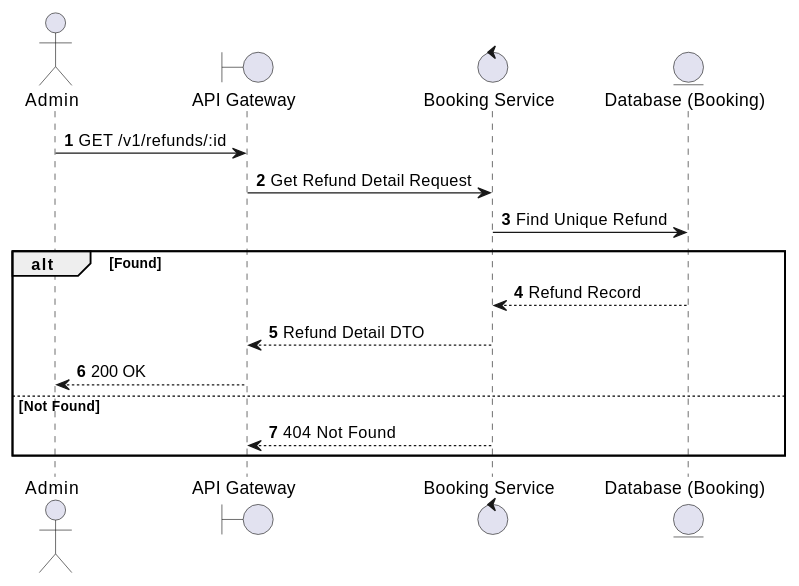
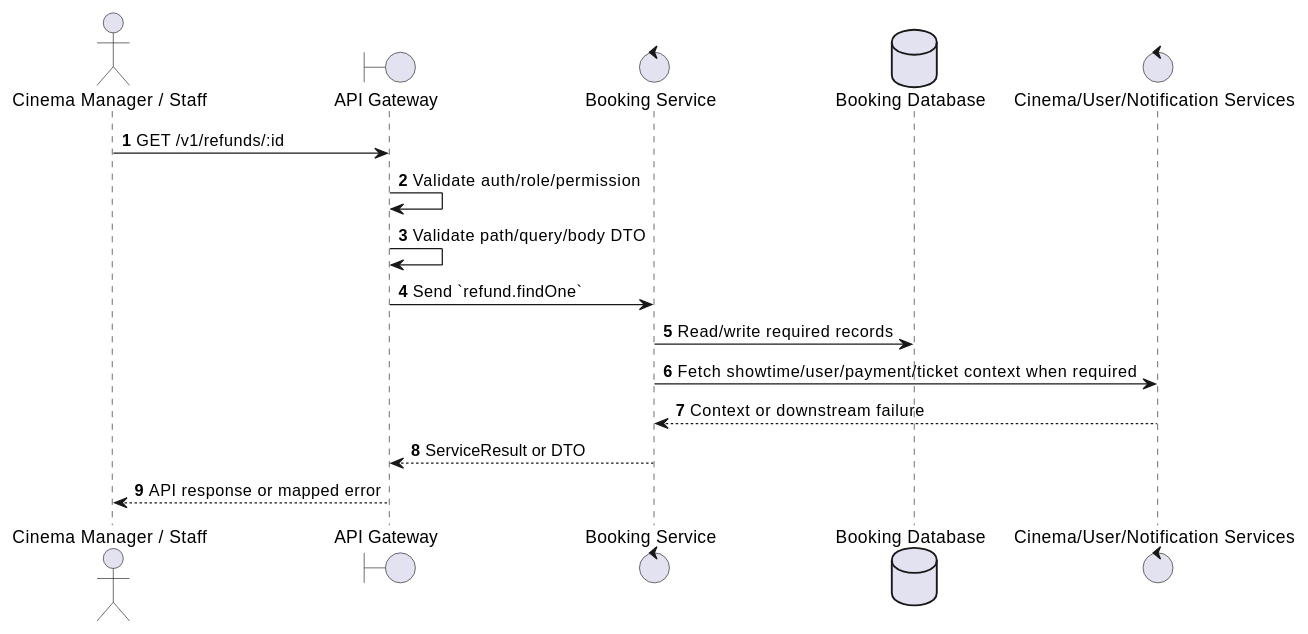
Before and after one commit to Tanh1603/movie-hub-architecture: the first of 2 diagrams in docs/functional_specs/3.8_Refund_Management_Module/RF-03_Get_Refund_Details.md, drawn with PlantUML. The commit also changed other lines of this file and 126 other files, not shown here.

````diff
--- a/docs/functional_specs/3.8_Refund_Management_Module/RF-03_Get_Refund_Details.md
+++ b/docs/functional_specs/3.8_Refund_Management_Module/RF-03_Get_Refund_Details.md
@@ -17,20 +17,20 @@
 ```plantuml
 @startuml
 autonumber
-actor Admin
+actor "Cinema Manager / Staff" as Actor
 boundary "API Gateway" as GW
-control "Booking Service" as BS
-entity "Database (Booking)" as DB
+control "Booking Service" as SVC
+database "Booking Database" as DB
+control "Cinema/User/Notification Services" as EXT
 
-Admin -> GW: GET /v1/refunds/:id
-GW -> BS: Get Refund Detail Request
-BS -> DB: Find Unique Refund
-alt Found
-    DB --> BS: Refund Record
-    BS --> GW: Refund Detail DTO
-    GW --> Admin: 200 OK
-else Not Found
-    BS --> GW: 404 Not Found
-end
+Actor -> GW: GET /v1/refunds/:id
+GW -> GW: Validate auth/role/permission
+GW -> GW: Validate path/query/body DTO
+GW -> SVC: Send `refund.findOne`
+SVC -> DB: Read/write required records
+SVC -> EXT: Fetch showtime/user/payment/ticket context when required
+EXT --> SVC: Context or downstream failure
+SVC --> GW: ServiceResult or DTO
+GW --> Actor: API response or mapped error
 @enduml
 ```
````
